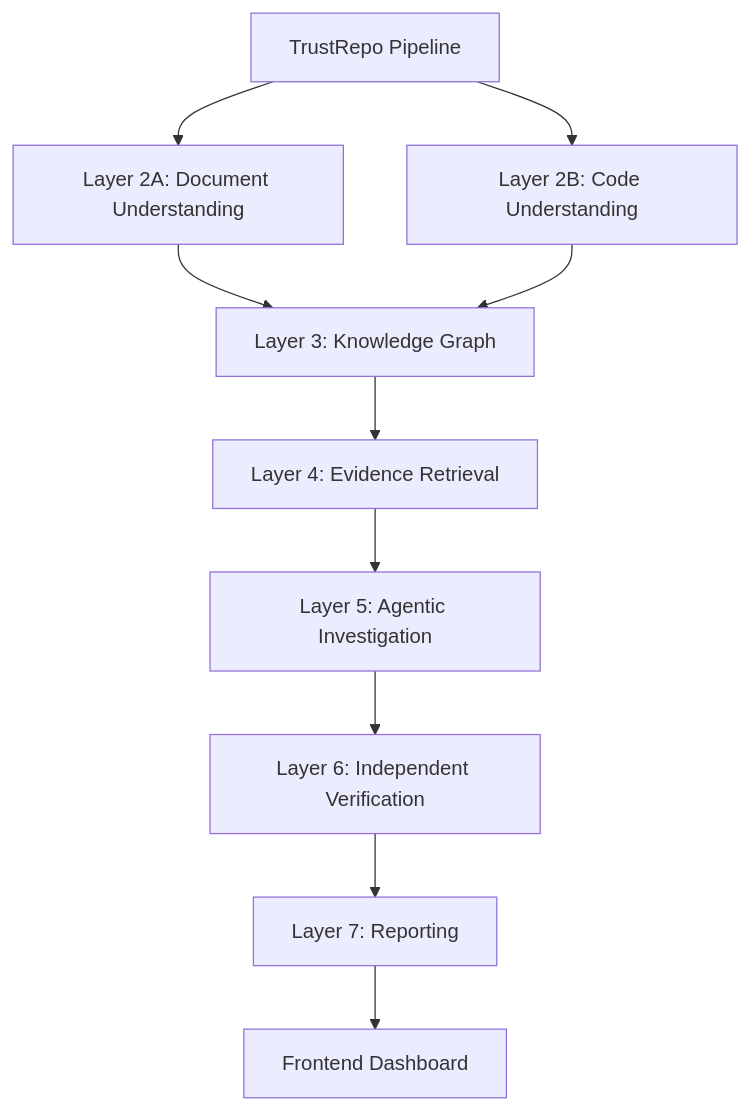
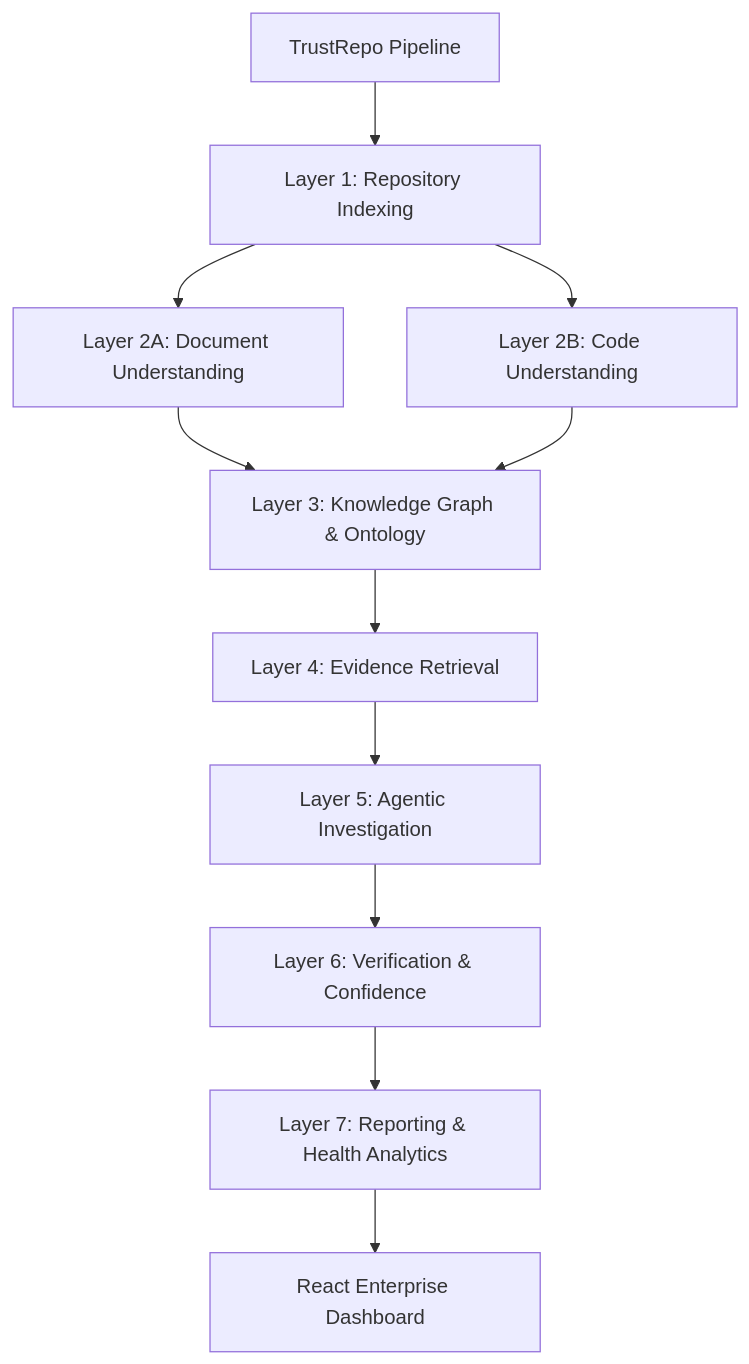
Before and after one commit to Mounraj-A/TrustRepo: the diagram in README.md, drawn with Mermaid. The commit also changed other lines of this file, not shown here.

````diff
--- a/README.md
+++ b/README.md
@@ -41,12 +32,13 @@
 ```mermaid
 graph TD
-    A[TrustRepo Pipeline] --> B[Layer 2A: Document Understanding]
-    A --> C[Layer 2B: Code Understanding]
-    B --> D[Layer 3: Knowledge Graph]
-    C --> D
-    D --> E[Layer 4: Evidence Retrieval]
-    E --> F[Layer 5: Agentic Investigation]
-    F --> G[Layer 6: Independent Verification]
-    G --> H[Layer 7: Reporting]
-    H --> I[Frontend Dashboard]
+    A[TrustRepo Pipeline] --> B[Layer 1: Repository Indexing]
+    B --> C[Layer 2A: Document Understanding]
+    B --> D[Layer 2B: Code Understanding]
+    C --> E[Layer 3: Knowledge Graph & Ontology]
+    D --> E
+    E --> F[Layer 4: Evidence Retrieval]
+    F --> G[Layer 5: Agentic Investigation]
+    G --> H[Layer 6: Verification & Confidence]
+    H --> I[Layer 7: Reporting & Health Analytics]
+    I --> J[React Enterprise Dashboard]
 ```
````
